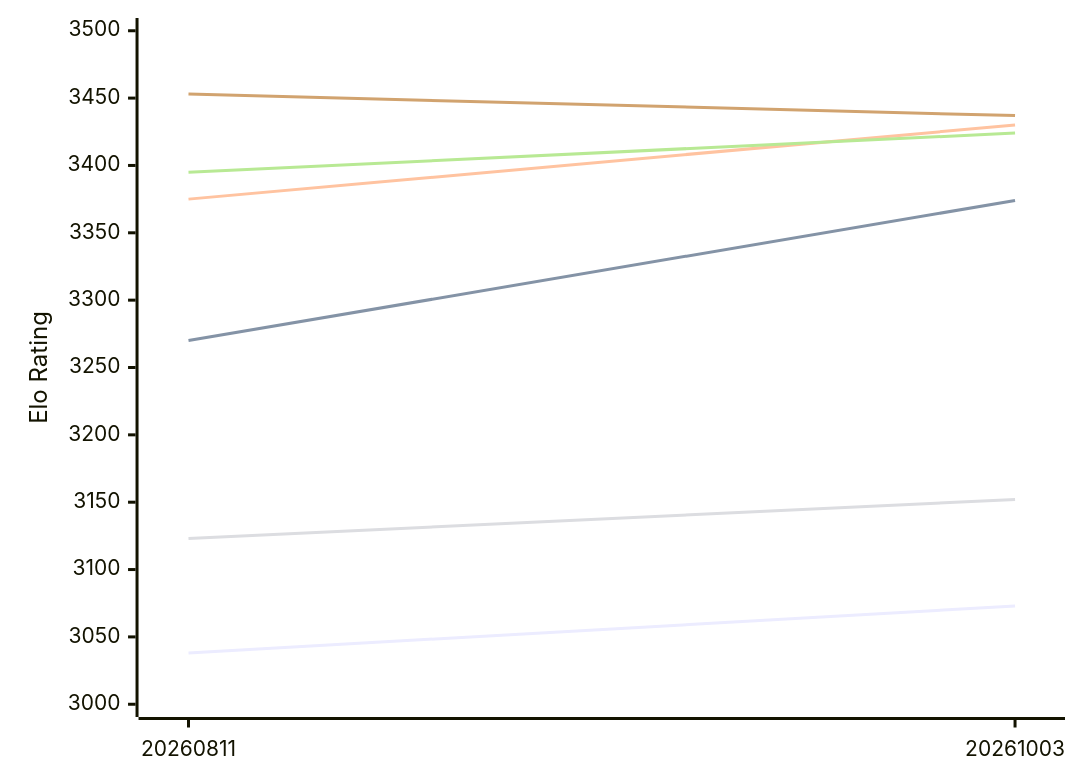
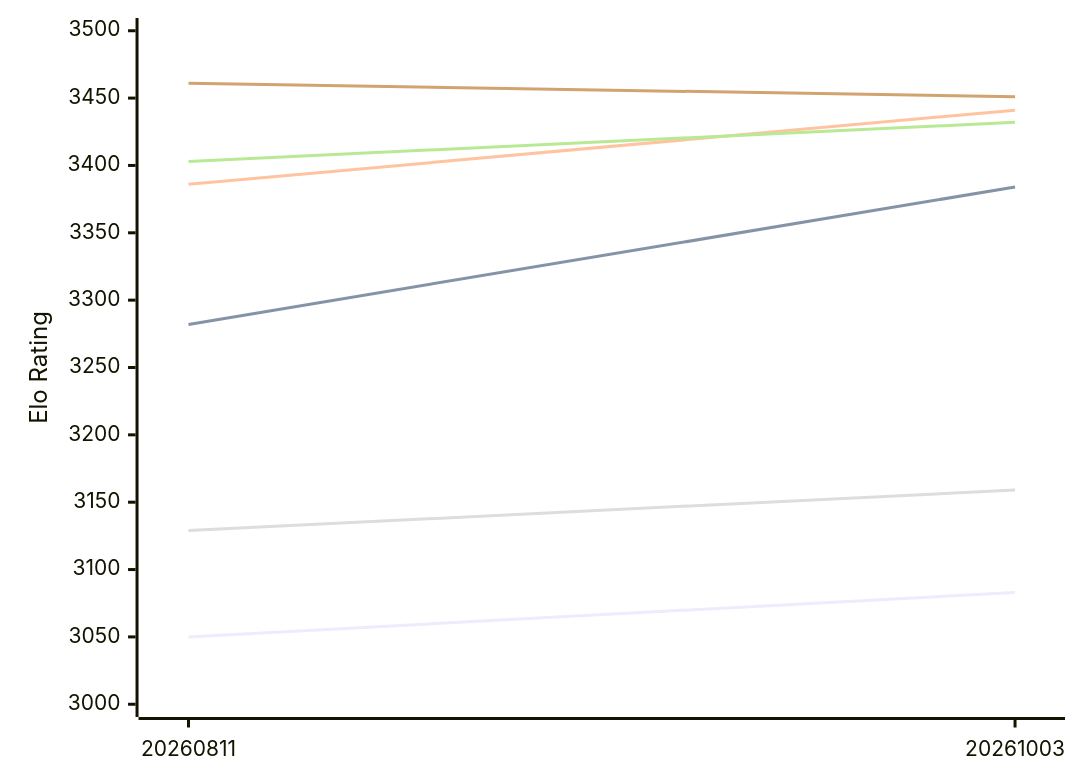
One commit to computer-chess-index/cci changed the first of 2 diagrams in engines/Askaig.md. Above: the diagram before and after it, drawn with Mermaid. The commit also changed other lines of this file, not shown here.

Commit message:
Update CCI Ratings (ELO VLTC) - 2026-10-25

````diff
--- a/engines/Askaig.md
+++ b/engines/Askaig.md
@@ -52,12 +52,12 @@
 ```mermaid
 %%{init: {"theme":"base","themeVariables":{"seriesColors:['#a3a3a3','#222221','#faa371']}}}%%
 xychart-beta
   x-axis ["20260811", "20261003"]
   y-axis "Elo Rating" 3000 --> 3500
-  line "E1: STC (8.0+0.08s)" [3038, 3073]
-  line "E1: LTC (60.0+0.60s)" [3270, 3374]
-  line "E1: VLTC (2m24s+1.12s)" [3375, 3430]
-  line "P1: STC (8.0+0.08s)" [3123, 3152]
-  line "P1: LTC (60.0+0.60s)" [3395, 3424]
-  line "P1: VLTC (2m24s+1.12s)" [3453, 3437]
+  line "E1: STC (8.0+0.08s)" [3050, 3083]
+  line "E1: LTC (60.0+0.60s)" [3282, 3384]
+  line "E1: VLTC (2m24s+1.12s)" [3386, 3441]
+  line "P1: STC (8.0+0.08s)" [3129, 3159]
+  line "P1: LTC (60.0+0.60s)" [3403, 3432]
+  line "P1: VLTC (2m24s+1.12s)" [3461, 3451]
 ```
````
